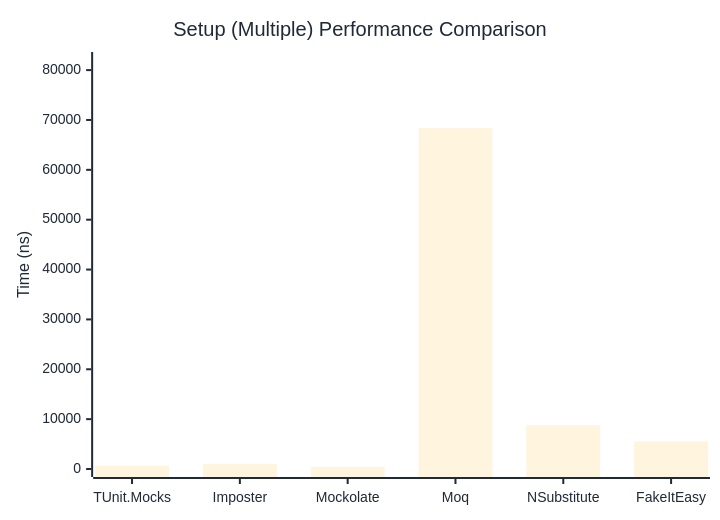
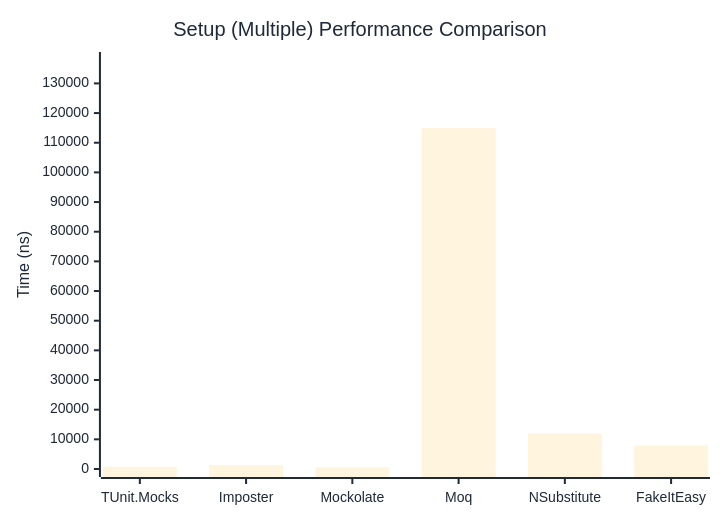
The second of 2 diagrams in docs/docs/benchmarks/mocks/Setup.md (thomhurst/TUnit), drawn with Mermaid before and after one commit. The commit also changed other lines of this file and 14 other files, not shown here.

````diff
--- a/docs/docs/benchmarks/mocks/Setup.md
+++ b/docs/docs/benchmarks/mocks/Setup.md
@@ -71,27 +71,27 @@
 ```mermaid
 %%{init: {
   'theme':'base',
   'themeVariables': {
     'primaryColor': '#2563eb',
     'primaryTextColor': '#1f2937',
     'primaryBorderColor': '#1e40af',
     'lineColor': '#6b7280',
     'secondaryColor': '#7c3aed',
     'tertiaryColor': '#dc2626',
     'background': '#ffffff',
     'pie1': '#2563eb',
     'pie2': '#7c3aed',
     'pie3': '#dc2626',
     'pie4': '#f59e0b',
     'pie5': '#10b981',
     'pie6': '#06b6d4',
     'pie7': '#ec4899',
     'pie8': '#6366f1'
   }
 }}%%
 xychart-beta
   title "Setup (Multiple) Performance Comparison"
   x-axis ["TUnit.Mocks", "Imposter", "Mockolate", "Moq", "NSubstitute", "FakeItEasy"]
-  y-axis "Time (ns)" 0 --> 82027
-  bar [659.7, 1041.6, 442.2, 68355.7, 8802, 5521.3]
+  y-axis "Time (ns)" 0 --> 137890
+  bar [757.2, 1338.9, 540.4, 114907.7, 11975.6, 7919.9]
 ```
````
